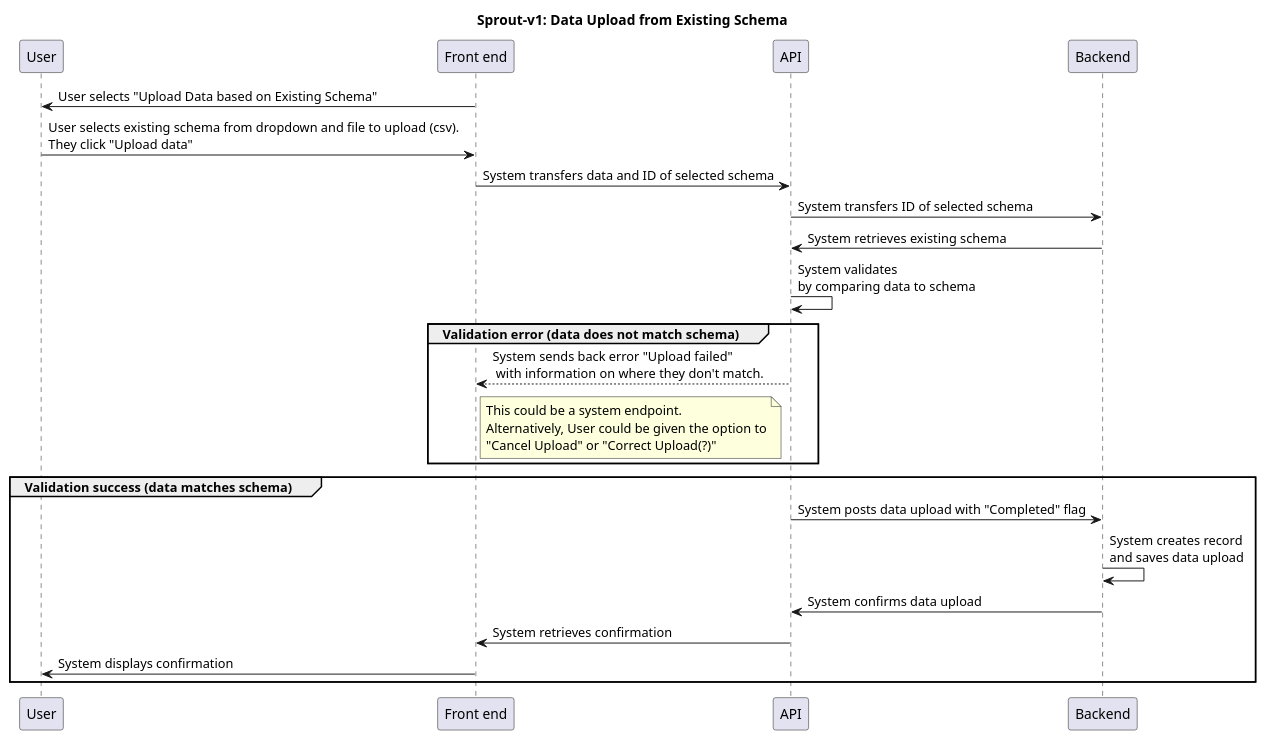
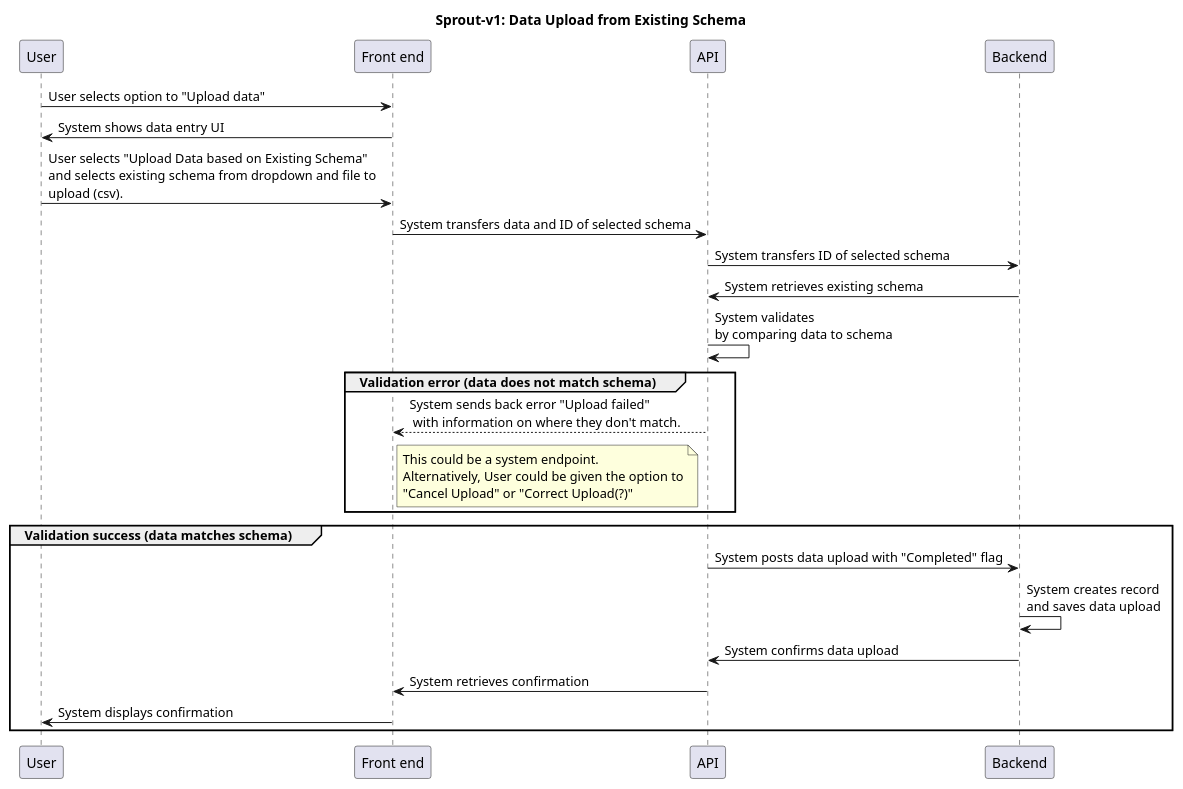
Before and after one commit to signekb/seedcase-sprout: the diagram in docs/design/images/sprout-v1-data-upload-sequence.puml, drawn with PlantUML. The commit also changed 1 other file, not shown here.

```diff
--- a/docs/design/images/sprout-v1-data-upload-sequence.puml
+++ b/docs/design/images/sprout-v1-data-upload-sequence.puml
@@ -1,33 +1,35 @@
 @startuml sprout-v1-data-upload-sequence
 
 title Sprout-v1: Data Upload from Existing Schema
+' User uploads data to existing data schema
 
 participant "User" as u
 participant "Front end" as f
 participant "API" as api
 participant "Backend" as b
 
-f -> u: User selects "Upload Data based on Existing Schema"
-u -> f: User selects existing schema from dropdown and file to upload (csv).\nThey click "Upload data"
+u -> f: User selects option to "Upload data"
+f -> u: System shows data entry UI
+u -> f: User selects "Upload Data based on Existing Schema"\nand selects existing schema from dropdown and file to\nupload (csv).
 f -> api: System transfers data and ID of selected schema
 api -> b: System transfers ID of selected schema 
 b -> api: System retrieves existing schema
 api -> api: System validates\nby comparing data to schema
 
 group Validation error (data does not match schema)
     api --> f: System sends back error "Upload failed"\n with information on where they don't match.
     note right of f
         This could be a system endpoint.
         Alternatively, User could be given the option to
         "Cancel Upload" or "Correct Upload(?)"
     end note
 end
 group Validation success (data matches schema)
     api -> b: System posts data upload with "Completed" flag
     b -> b : System creates record\nand saves data upload
     b -> api: System confirms data upload
     api -> f: System retrieves confirmation
     f -> u: System displays confirmation
 end
 
 @enduml
```
